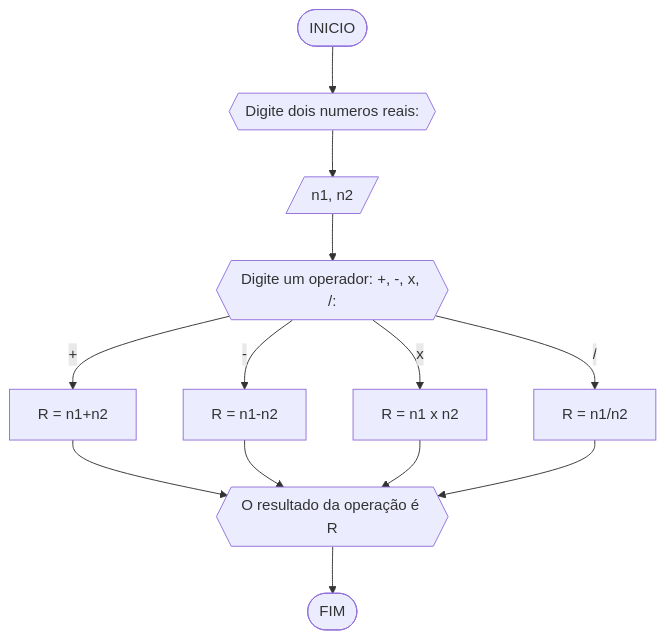
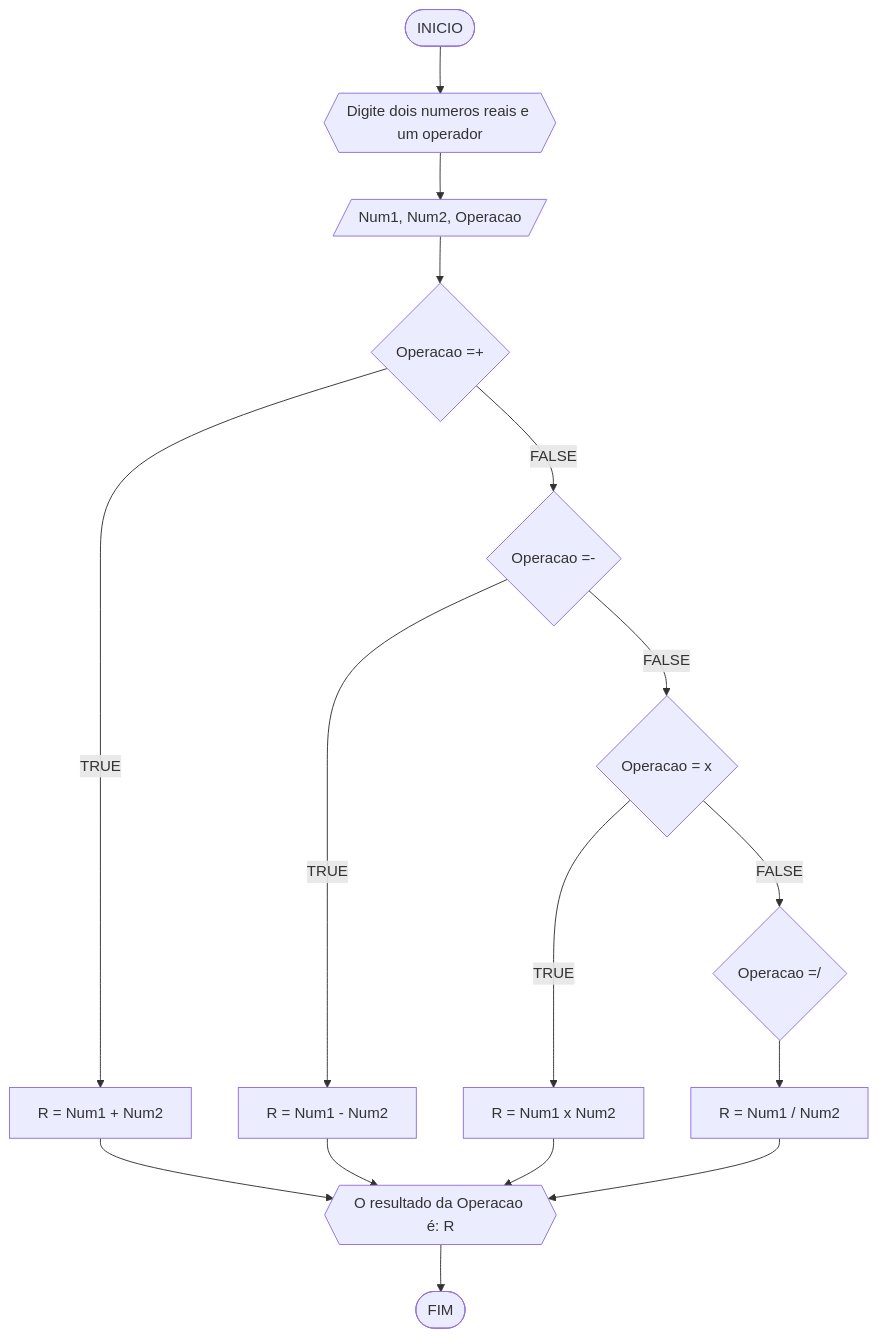
The fourth of 5 diagrams in RLA/unidade1/lista2.md (edudouraado/unifor), drawn with Mermaid before and after one commit. The commit also changed other lines of this file, not shown here.

````diff
--- a/RLA/unidade1/lista2.md
+++ b/RLA/unidade1/lista2.md
@@ -129,16 +129,18 @@
-``` mermaid
+```mermaid
 flowchart TD
-
-A([INICIO]) --> B{{Digite dois numeros reais: }}
-B --> C[/n1, n2/]
-C --> D{{Digite um operador: +, -, x, /: }}
-D --+--> E[R = n1+n2]
-D --"-"--> F[R = n1-n2]
-D --"x"--> G[R = n1 x n2]
-D --"/"--> H[R = n1/n2]
-E --> I{{O resultado da operação é R}}
-F --> I
-G --> I
-H --> I
-I --> J([FIM])
+A([INICIO]) --> B{{Digite dois numeros reais e um operador}}
+B --> C[/Num1, Num2, Operacao/]
+C --> D{Operacao =+}
+D --TRUE--> E[R = Num1 + Num2]
+E --> F{{O resultado da Operacao é: R}}
+F --> G([FIM])
+D --FALSE--> H{Operacao =-}
+H --TRUE--> I[R = Num1 - Num2]
+I --> F
+H --FALSE--> J{Operacao = x}
+J --TRUE--> K[R = Num1 x Num2]
+K --> F
+J --FALSE--> L{Operacao =/}
+L --> M[R = Num1 / Num2]
+M --> F
 ```
````
